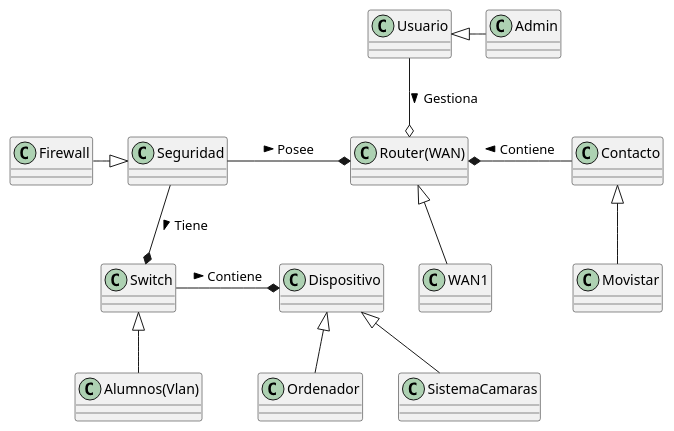
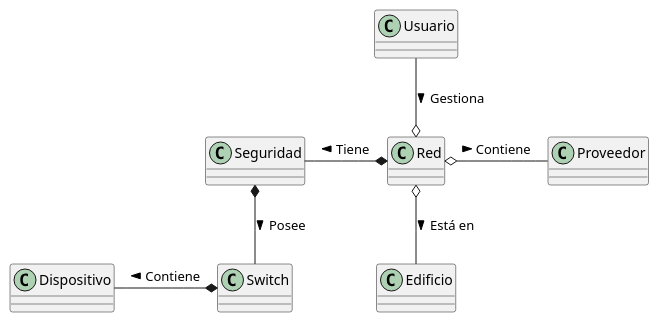
The diagram in 000-entregas/modeloDeDominio/proyectoV1.plantuml (mmasias/IdSw1-22-23), drawn with PlantUML before and after one commit. The commit also changed 4 other files, not shown here.

```diff
--- a/000-entregas/modeloDeDominio/proyectoV1.plantuml
+++ b/000-entregas/modeloDeDominio/proyectoV1.plantuml
@@ -1,24 +1,17 @@
 @startuml proyecto
 
-class "Router(WAN)" 
+class "Red" 
 class Switch
 class Dispositivo
-class Contacto
+class Proveedor
 class Usuario
 class Seguridad
 
-Seguridad -r-* "Router(WAN)": Posee >
-Seguridad --* Switch: Tiene >
-Switch -r-* Dispositivo: Contiene >
-Usuario --o "Router(WAN)": Gestiona >
-Contacto -l-* "Router(WAN)" : Contiene >
-
-Usuario <|-r- Admin
-Seguridad <|-l- Firewall
-"Router(WAN)" <|-d- WAN1
-Contacto <|-- Movistar
-Switch <|-d- "Alumnos(Vlan)"
-Dispositivo <|-- Ordenador
-Dispositivo <|-- SistemaCamaras
+"Red" *-l- Seguridad: Tiene >
+Seguridad *-- Switch: Posee >
+Switch *-l- Dispositivo: Contiene >
+Usuario --o "Red": Gestiona >
+"Red" o-r- Proveedor  : Contiene >
+"Red" o-- Edificio  : Está en >
 
 @enduml
```
